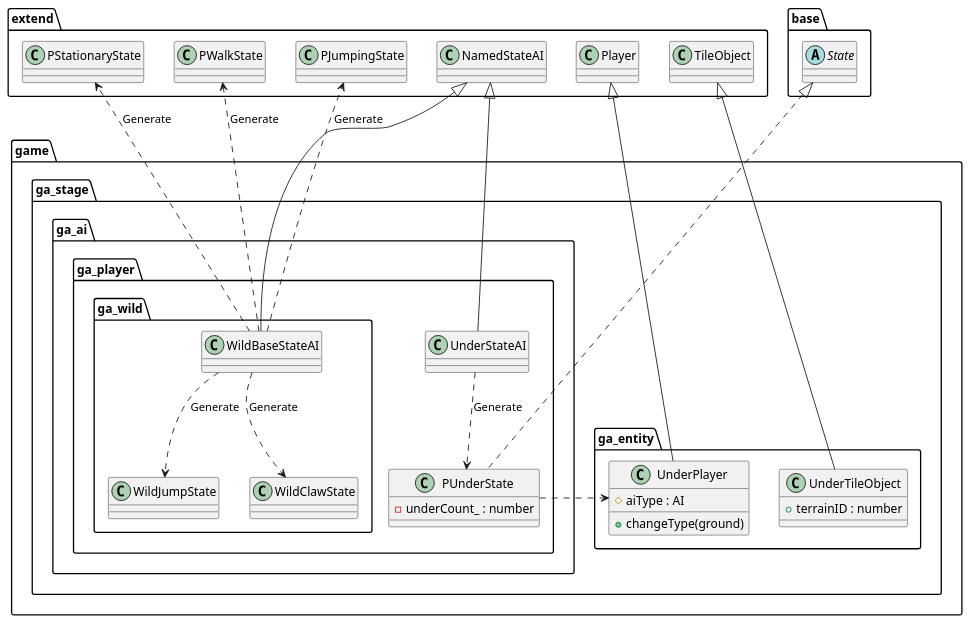
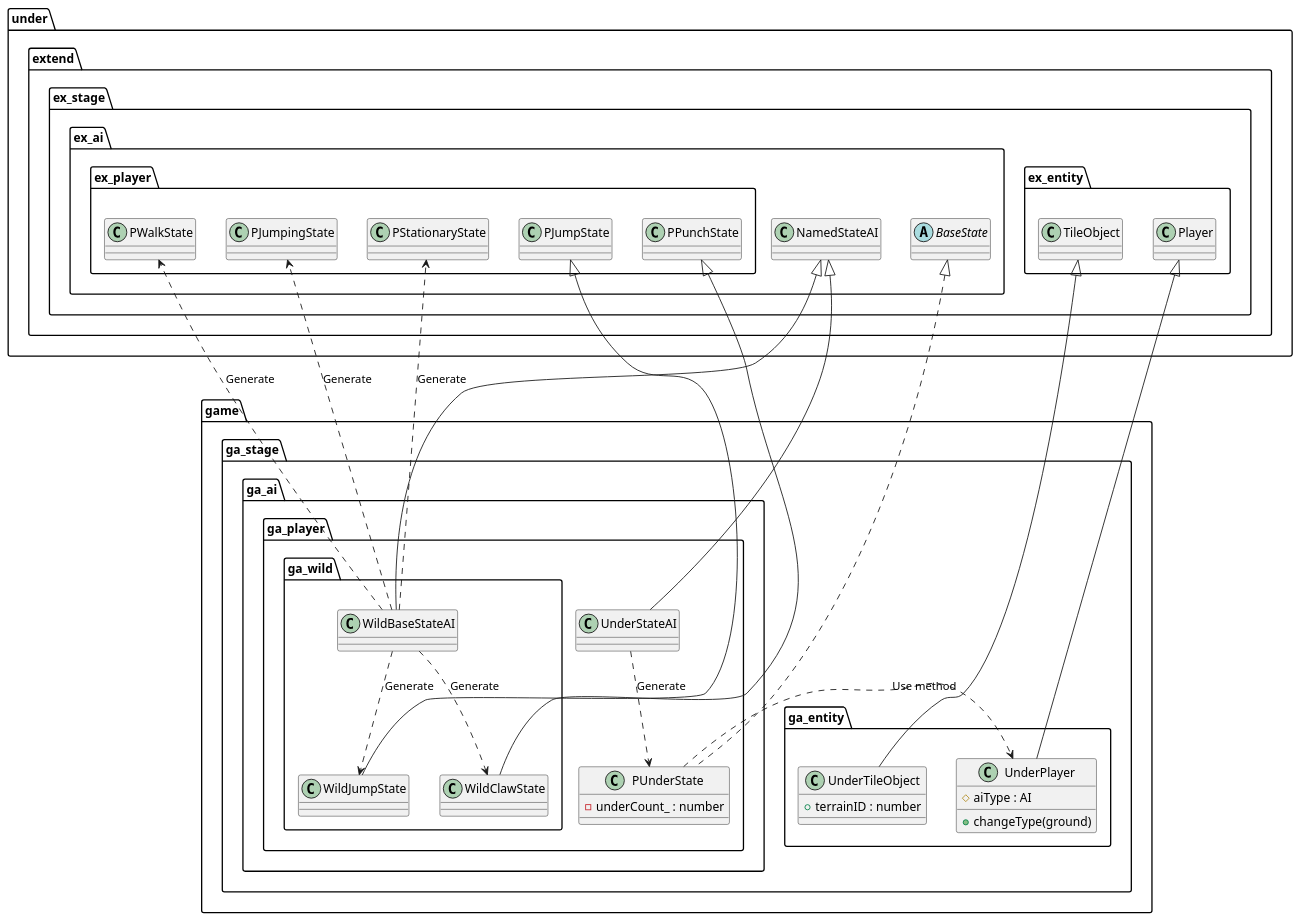
The diagram in uml/entity/Game.wsd (Expine/Under), drawn with PlantUML before and after one commit. The commit also changed 20 other files, not shown here.

Commit message:
Update UML

```diff
--- a/uml/entity/Game.wsd
+++ b/uml/entity/Game.wsd
@@ -1,61 +1,73 @@
 @startuml EntityGame
 package game {
     package ga_stage {
         package ga_entity {
             class UnderPlayer {
                 #aiType : AI
                 +changeType(ground)
             }
             class UnderTileObject {
                 +terrainID : number
             }
         }
 
         package ga_ai {
             package ga_player {
                 class PUnderState {
                     -underCount_ : number
                 }
                 class UnderStateAI {
 
                 }
                 package ga_wild {
                     class WildBaseStateAI
                     class WildJumpState
                     class WildClawState
                 }
             }
         }
     }
 }
 
-package base {
-    abstract State
-}
-
-package extend {
-    class Player
-    class TileObject
-    class NamedStateAI
-    class PStationaryState
-    class PWalkState
-    class PJumpingState
+package under {
+    package extend {
+        package ex_stage {
+            package ex_entity {
+                class TileObject
+                class Player
+            }
+            package ex_ai {
+                class NamedStateAI
+                abstract BaseState
+                package ex_player {
+                    class PStationaryState
+                    class PWalkState
+                    class PJumpState
+                    class PJumpingState
+                    class PPunchState
+                }
+            }
+        }
+    }
 }
 
 UnderStateAI ..> PUnderState : Generate
 WildBaseStateAI ..> PStationaryState : Generate
 WildBaseStateAI ..> PWalkState : Generate
 WildBaseStateAI ..> WildJumpState : Generate
 WildBaseStateAI ..> PJumpingState : Generate
 WildBaseStateAI ..> WildClawState : Generate
 
-PUnderState .> UnderPlayer
+PUnderState .> UnderPlayer : Use method
 
 Player <|--- UnderPlayer
 TileObject <|--- UnderTileObject
 
-State <|... PUnderState
+BaseState <|... PUnderState
 NamedStateAI <|--- UnderStateAI
 NamedStateAI <|--- WildBaseStateAI
 
+PJumpState <|-- WildJumpState
+PPunchState <|-- WildClawState
+
 @enduml
```
